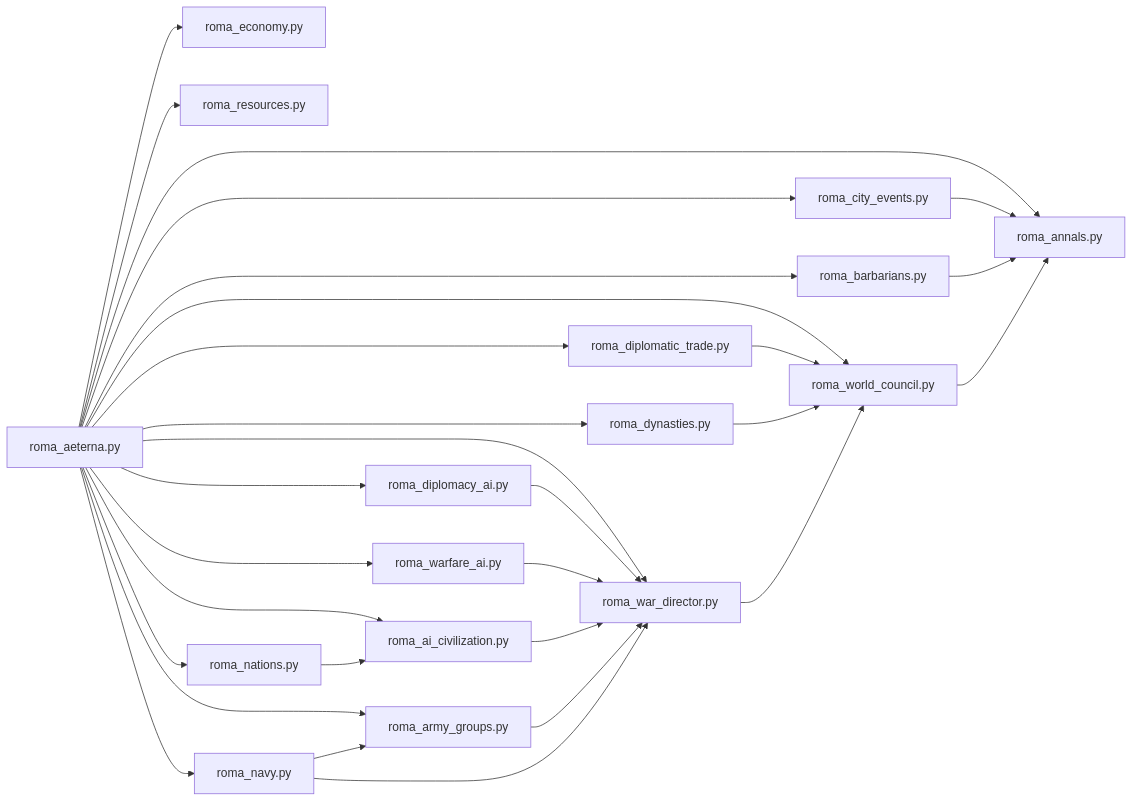
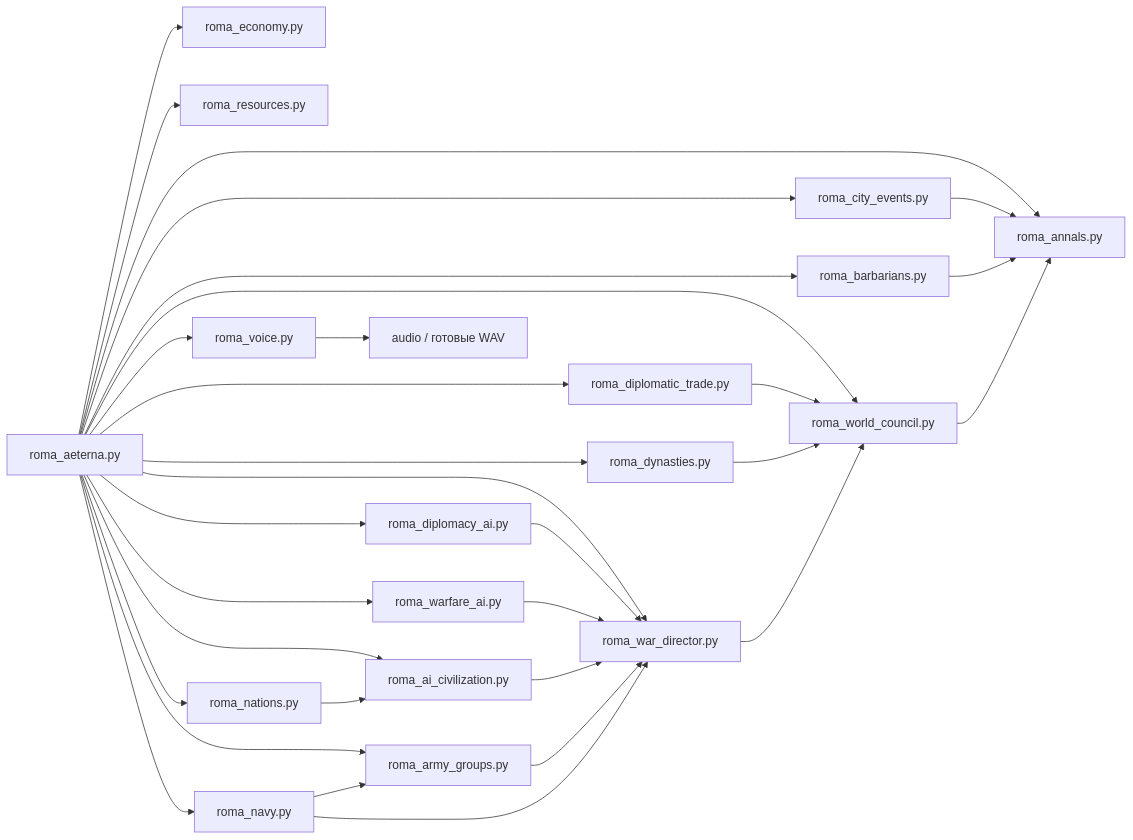
Before and after one commit to Aqua666-prog/Roma-Aeterna: the eighth of 9 diagrams in README.md, drawn with Mermaid. The commit also changed other lines of this file, not shown here.

````diff
--- a/README.md
+++ b/README.md
@@ -1115,34 +1232,36 @@
 ```mermaid
 flowchart LR
     MAIN[roma_aeterna.py]
 
     MAIN --> ECO[roma_economy.py]
     MAIN --> RES[roma_resources.py]
     MAIN --> CITY[roma_city_events.py]
     MAIN --> GROUPS[roma_army_groups.py]
     MAIN --> NAVY[roma_navy.py]
     MAIN --> AICIV[roma_ai_civilization.py]
     MAIN --> DIRECTOR[roma_war_director.py]
     MAIN --> DIP[roma_diplomacy_ai.py]
     MAIN --> NAT[roma_nations.py]
     MAIN --> WAR[roma_warfare_ai.py]
     MAIN --> TRADE[roma_diplomatic_trade.py]
     MAIN --> DYN[roma_dynasties.py]
     MAIN --> COUNCIL[roma_world_council.py]
     MAIN --> BARB[roma_barbarians.py]
     MAIN --> ANN[roma_annals.py]
+    MAIN --> VOICE[roma_voice.py]
+    VOICE --> AUDIO[audio / готовые WAV]
 
     NAT --> AICIV
     DIP --> DIRECTOR
     WAR --> DIRECTOR
     AICIV --> DIRECTOR
     GROUPS --> DIRECTOR
     NAVY --> GROUPS
     NAVY --> DIRECTOR
     TRADE --> COUNCIL
     DYN --> COUNCIL
     DIRECTOR --> COUNCIL
     CITY --> ANN
     BARB --> ANN
     COUNCIL --> ANN
 ```
````
